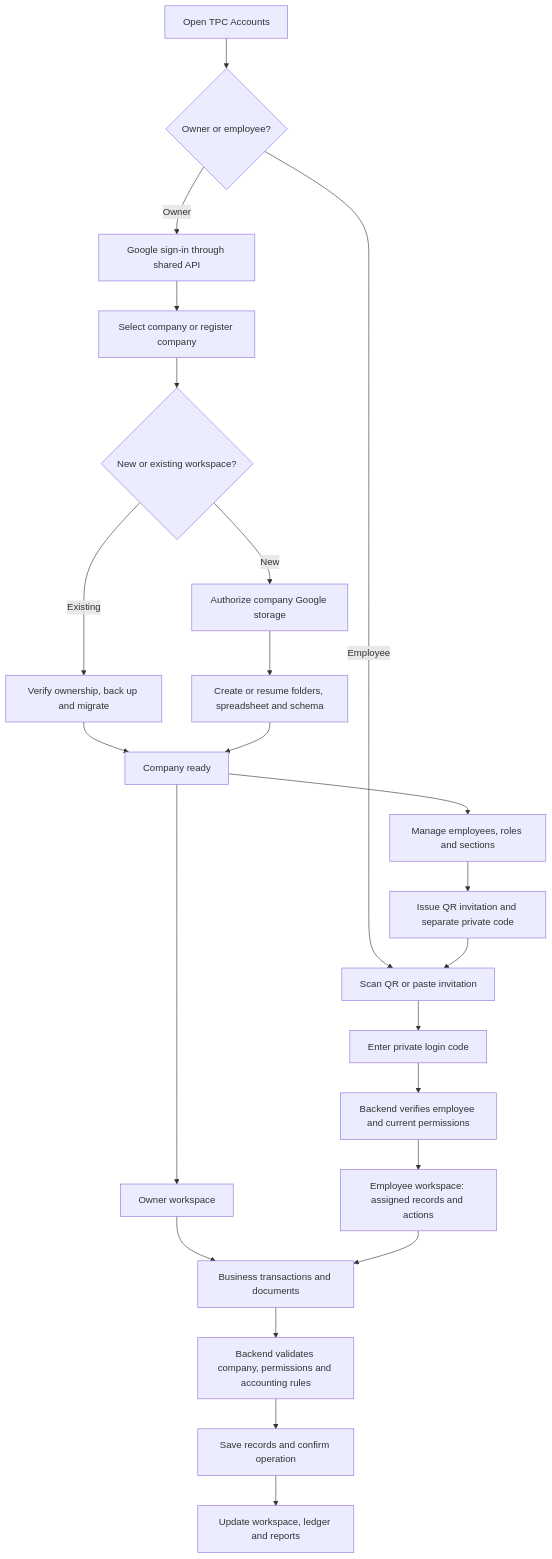
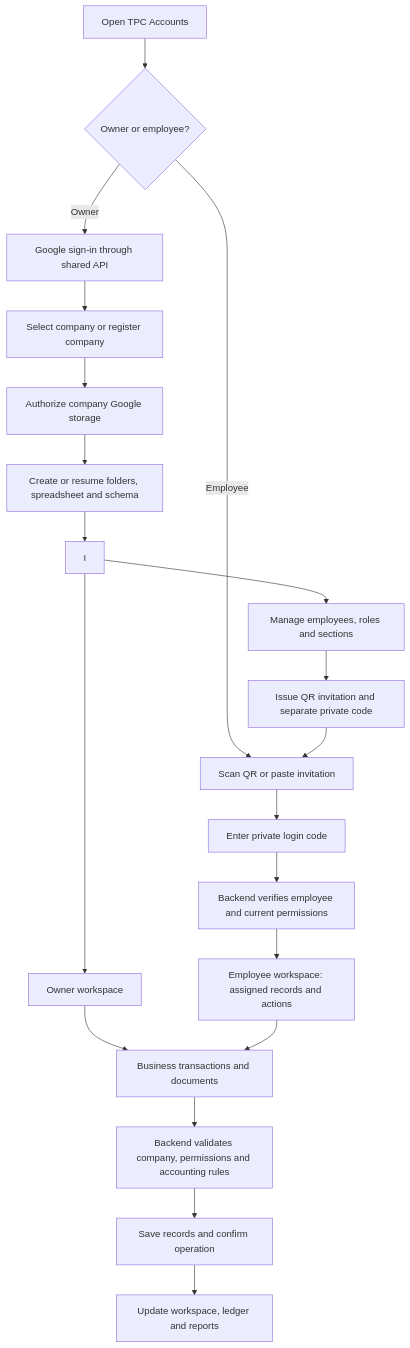
The first of 2 diagrams in SOFTWARE_WORKFLOW_AND_STATUS.md (ThePercentageCompany/Accounts), drawn with Mermaid before and after one commit. The commit also changed other lines of this file and 15 other files, not shown here.

````diff
--- a/SOFTWARE_WORKFLOW_AND_STATUS.md
+++ b/SOFTWARE_WORKFLOW_AND_STATUS.md
@@ -18,25 +18,22 @@
 ```mermaid
 flowchart TD
     A[Open TPC Accounts] --> B{Owner or employee?}
     B -->|Owner| C[Google sign-in through shared API]
     C --> D[Select company or register company]
-    D --> E{New or existing workspace?}
-    E -->|New| F[Authorize company Google storage]
+    D --> F[Authorize company Google storage]
     F --> G[Create or resume folders, spreadsheet and schema]
-    E -->|Existing| H[Verify ownership, back up and migrate]
-    H --> I[Company ready]
     G --> I
     I --> J[Manage employees, roles and sections]
     J --> K[Issue QR invitation and separate private code]
     B -->|Employee| L[Scan QR or paste invitation]
     K --> L
     L --> M[Enter private login code]
     M --> N[Backend verifies employee and current permissions]
     I --> O[Owner workspace]
     N --> P[Employee workspace: assigned records and actions]
     O --> Q[Business transactions and documents]
     P --> Q
     Q --> R[Backend validates company, permissions and accounting rules]
     R --> S[Save records and confirm operation]
     S --> T[Update workspace, ledger and reports]
 ```
````
